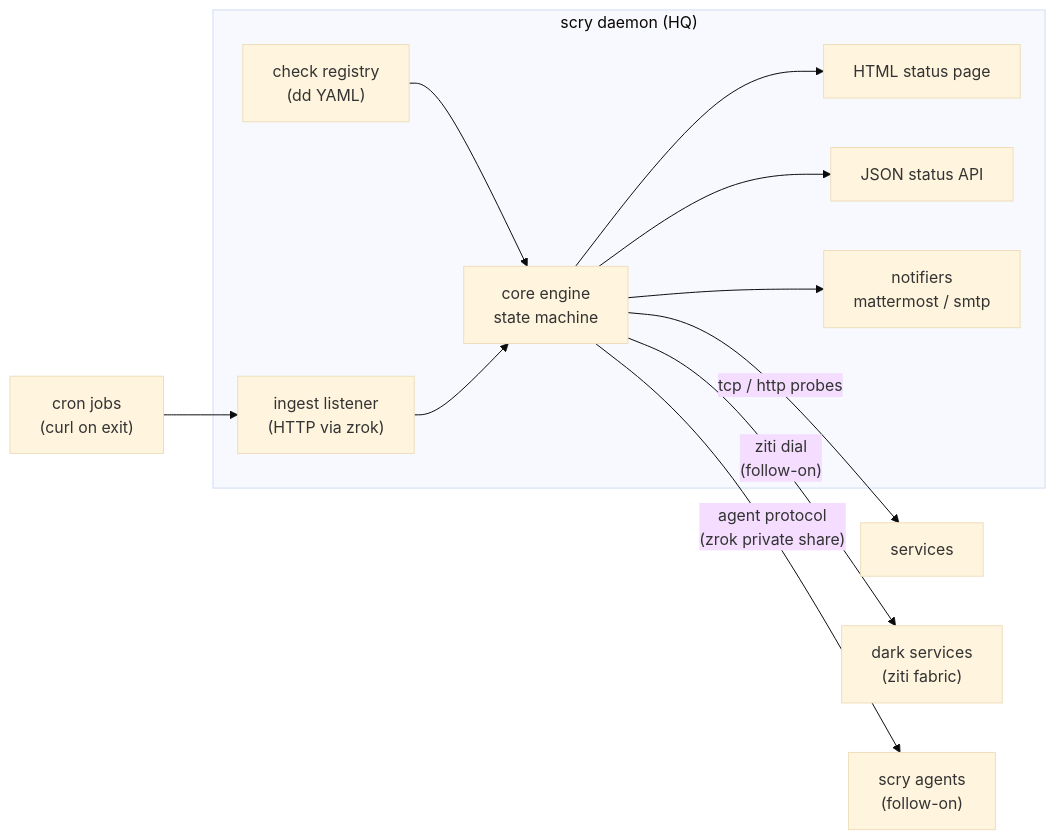
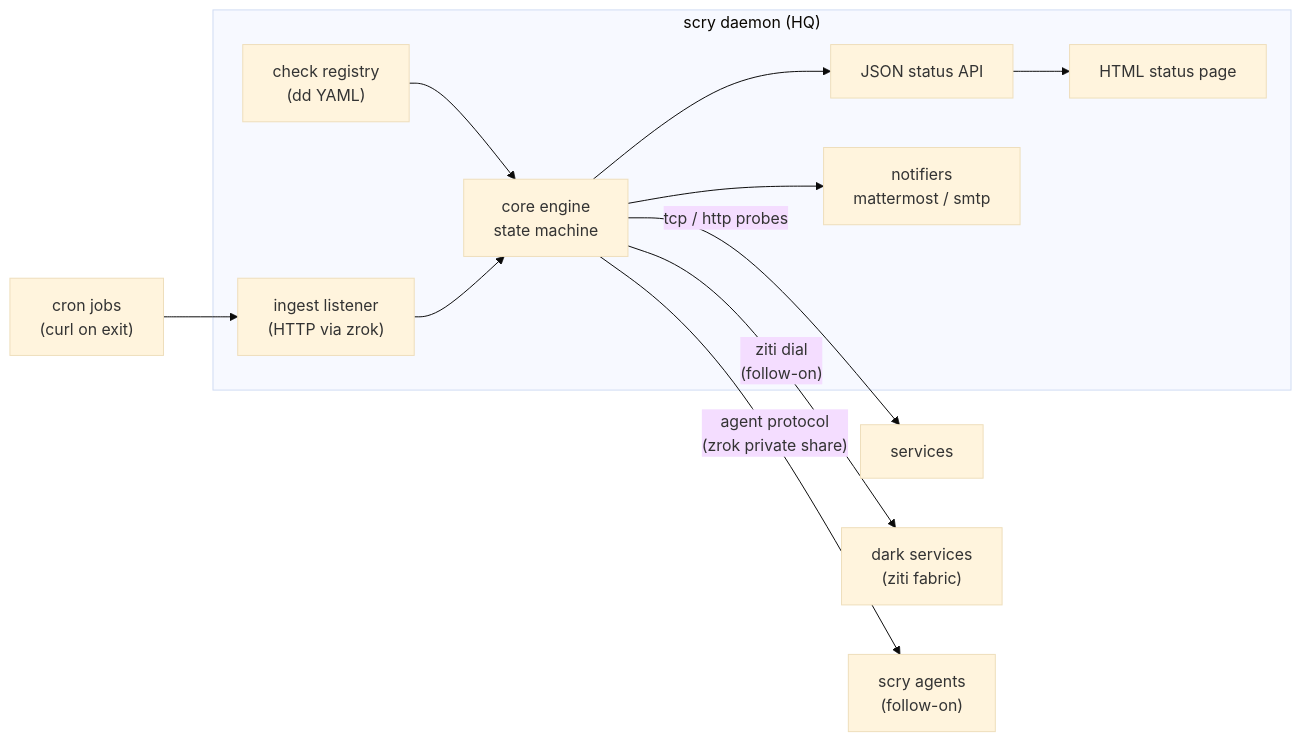
One commit to michaelquigley/scry changed the diagram in docs/future/scry-spec.md. Above: the diagram before and after it, drawn with Mermaid (base theme). The commit also changed other lines of this file and 3 other files, not shown here.

````diff
--- a/docs/future/scry-spec.md
+++ b/docs/future/scry-spec.md
@@ -51,20 +51,20 @@
 ```mermaid
 flowchart LR
     subgraph daemon["scry daemon (HQ)"]
         engine["core engine\nstate machine"]
         reg["check registry\n(dd YAML)"]
         ingest["ingest listener\n(HTTP via zrok)"]
         page["HTML status page"]
         api["JSON status API"]
         notif["notifiers\nmattermost / smtp"]
     end
     cron["cron jobs\n(curl on exit)"] --> ingest
     engine -->|"tcp / http probes"| svc["services"]
     engine -->|"ziti dial\n(follow-on)"| dark["dark services\n(ziti fabric)"]
     engine -->|"agent protocol\n(zrok private share)"| agent["scry agents\n(follow-on)"]
     reg --> engine
     ingest --> engine
-    engine --> page
     engine --> api
+    api --> page
     engine --> notif
 ```
````
